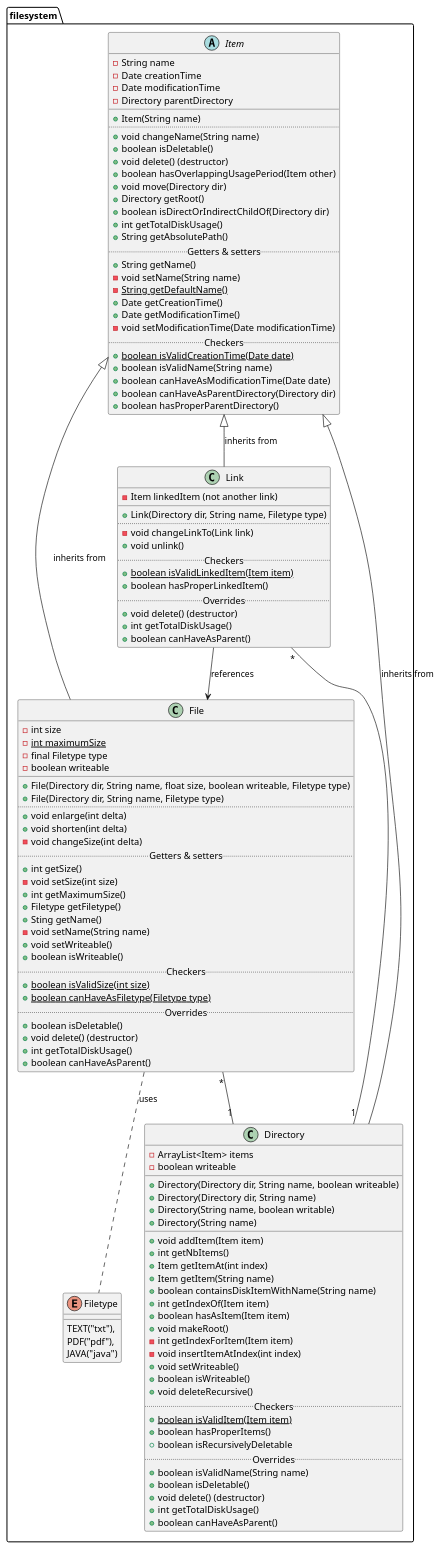
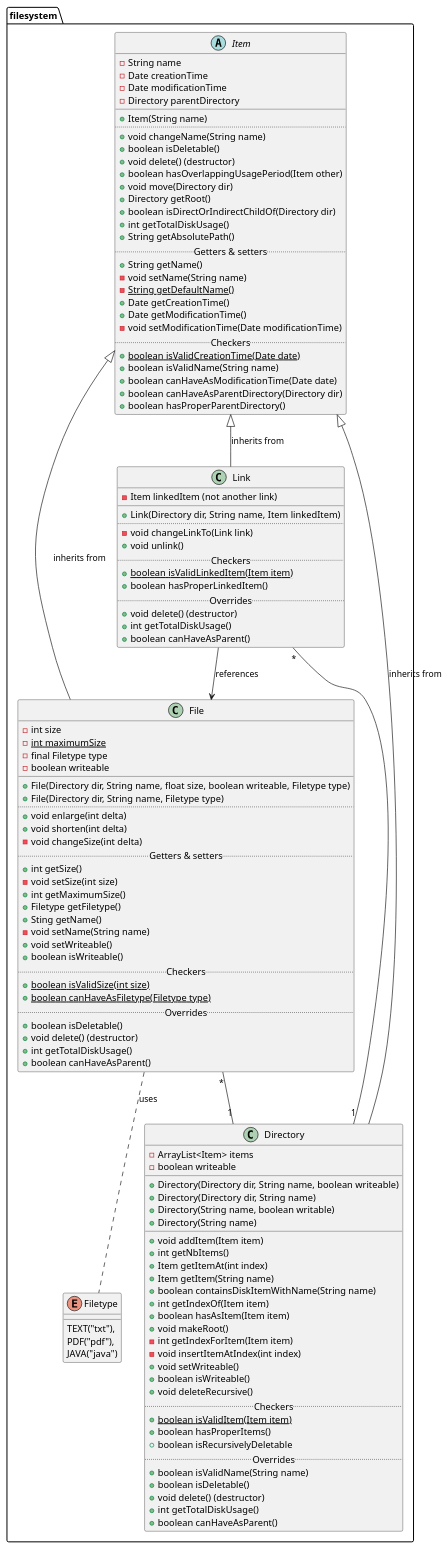
Before and after one commit to vanschependom/KULAK_ogp-practicum2: the diagram in class-diagram/classdiagram.puml, drawn with PlantUML. The commit also changed 4 other files, not shown here.

```diff
--- a/class-diagram/classdiagram.puml
+++ b/class-diagram/classdiagram.puml
@@ -1,136 +1,136 @@
 @startuml
 
 package filesystem {
 
 abstract Item {
     - String name
     - Date creationTime
     - Date modificationTime
     - Directory parentDirectory
 __
     + Item(String name)
 ..
     + void changeName(String name)
     + boolean isDeletable()
     + void delete() (destructor)
     + boolean hasOverlappingUsagePeriod(Item other)
     + void move(Directory dir)
     + Directory getRoot()
     + boolean isDirectOrIndirectChildOf(Directory dir)
     + int getTotalDiskUsage()
     + String getAbsolutePath()
 ..Getters & setters..
     + String getName()
     - void setName(String name)
     - {static} String getDefaultName()
     + Date getCreationTime()
     + Date getModificationTime()
     - void setModificationTime(Date modificationTime)
 ..Checkers..
     + {static} boolean isValidCreationTime(Date date)
     + boolean isValidName(String name)
     + boolean canHaveAsModificationTime(Date date)
     + boolean canHaveAsParentDirectory(Directory dir)
     + boolean hasProperParentDirectory()
 }
 
 class File {
     - int size
     - {static} int maximumSize
     - final Filetype type
     - boolean writeable
 __
     + File(Directory dir, String name, float size, boolean writeable, Filetype type)
     + File(Directory dir, String name, Filetype type)
 ..
     + void enlarge(int delta)
     + void shorten(int delta)
     - void changeSize(int delta)
 ..Getters & setters..
     + int getSize()
     - void setSize(int size)
     + int getMaximumSize()
     + Filetype getFiletype()
     + Sting getName()
     - void setName(String name)
     + void setWriteable()
     + boolean isWriteable()
 ..Checkers..
     + {static} boolean isValidSize(int size)
     + {static} boolean canHaveAsFiletype(Filetype type)
 ..Overrides..
     + boolean isDeletable()
     + void delete() (destructor)
     + int getTotalDiskUsage()
     + boolean canHaveAsParent()
 }
 
 enum Filetype {
     TEXT("txt"),
     PDF("pdf"),
     JAVA("java")
 }
 
 class Directory {
     - ArrayList<Item> items
     - boolean writeable
 __
     + Directory(Directory dir, String name, boolean writeable)
     + Directory(Directory dir, String name)
     + Directory(String name, boolean writable)
     + Directory(String name)
 __
     + void addItem(Item item)
     + int getNbItems()
     + Item getItemAt(int index)
     + Item getItem(String name)
     + boolean containsDiskItemWithName(String name)
     + int getIndexOf(Item item)
     + boolean hasAsItem(Item item)
     + void makeRoot()
     - int getIndexForItem(Item item)
     - void insertItemAtIndex(int index)
     + void setWriteable()
     + boolean isWriteable()
     + void deleteRecursive()
 ..Checkers..
     + {static} boolean isValidItem(Item item)
     + boolean hasProperItems()
     + boolean isRecursivelyDeletable
 .. Overrides ..
     + boolean isValidName(String name)
     + boolean isDeletable()
     + void delete() (destructor)
     + int getTotalDiskUsage()
     + boolean canHaveAsParent()
 }
 
 class Link {
     - Item linkedItem (not another link)
 __
-    + Link(Directory dir, String name, Filetype type)
+    + Link(Directory dir, String name, Item linkedItem)
 ..
     - void changeLinkTo(Link link)
     + void unlink()
 ..Checkers..
     + {static} boolean isValidLinkedItem(Item item)
     + boolean hasProperLinkedItem()
 ..Overrides..
     + void delete() (destructor)
     + int getTotalDiskUsage()
     + boolean canHaveAsParent()
 }
 
 Item <|-- Link: inherits from
 Item <|-- File: inherits from
 Item <|-- Directory: inherits from
 
 File .. Filetype: uses
 
 Link --> File: references
 Link "*" -- "1" Directory
 File "*" -- "1" Directory
 
 }
 
 @enduml
```
